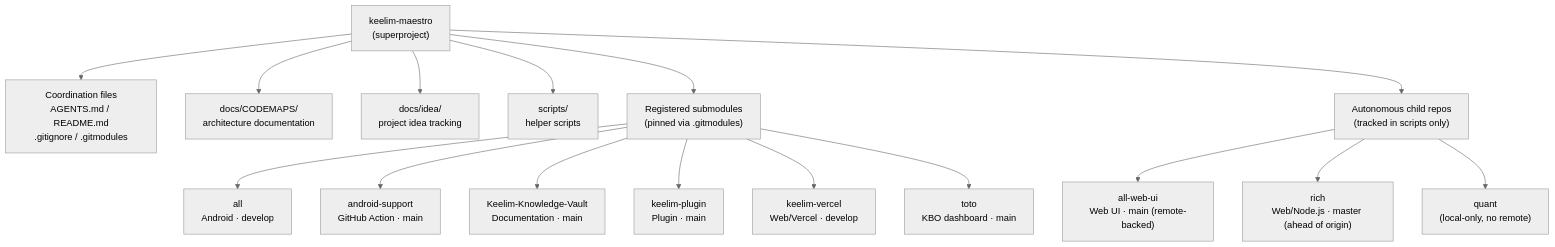
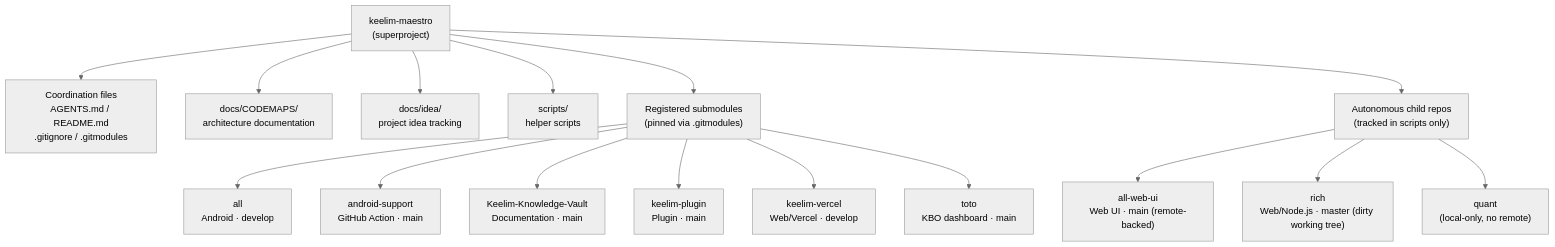
Before and after one commit to keelim/keelim-maestro: the diagram in docs/CODEMAPS/WORKSPACE.md, drawn with Mermaid (neutral theme). The commit also changed other lines of this file and 2 other files, not shown here.

````diff
--- a/docs/CODEMAPS/WORKSPACE.md
+++ b/docs/CODEMAPS/WORKSPACE.md
@@ -16,22 +16,22 @@
 ```mermaid
 flowchart TB
     root["keelim-maestro\n(superproject)"]
 
     root --> coord["Coordination files\nAGENTS.md / README.md\n.gitignore / .gitmodules"]
     root --> docs["docs/CODEMAPS/\narchitecture documentation"]
     root --> idea["docs/idea/\nproject idea tracking"]
     root --> scripts["scripts/\nhelper scripts"]
     root --> submodules["Registered submodules\n(pinned via .gitmodules)"]
     root --> autonomous["Autonomous child repos\n(tracked in scripts only)"]
 
     submodules --> all["all\nAndroid · develop"]
     submodules --> android["android-support\nGitHub Action · main"]
     submodules --> vault["Keelim-Knowledge-Vault\nDocumentation · main"]
     submodules --> plugin["keelim-plugin\nPlugin · main"]
     submodules --> vercel["keelim-vercel\nWeb/Vercel · develop"]
     submodules --> toto["toto\nKBO dashboard · main"]
 
     autonomous --> webui["all-web-ui\nWeb UI · main (remote-backed)"]
-    autonomous --> rich["rich\nWeb/Node.js · master (ahead of origin)"]
+    autonomous --> rich["rich\nWeb/Node.js · master (dirty working tree)"]
     autonomous --> quant["quant\n(local-only, no remote)"]
 ```
````
